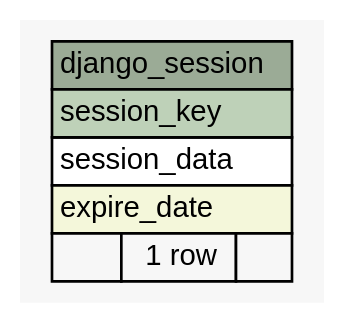
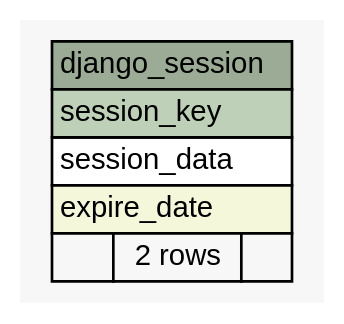
Before and after one commit to jingyayeah/multiscale-galactose: the diagram in database/schema/diagrams/summary/django_session.1degree.dot, drawn with Graphviz. The commit also changed 64 other files, not shown here.

Commit message:
Database schema updated

```diff
--- a/database/schema/diagrams/summary/django_session.1degree.dot
+++ b/database/schema/diagrams/summary/django_session.1degree.dot
@@ -1,32 +1,32 @@
 // dot 2.36.0 on Linux 3.13.0-43-generic
 // SchemaSpy rev 590
 digraph "django_session" {
   graph [
     rankdir="RL"
     bgcolor="#f7f7f7"
     nodesep="0.18"
     ranksep="0.46"
     fontname="Helvetica"
     fontsize="11"
   ];
   node [
     fontname="Helvetica"
     fontsize="11"
     shape="plaintext"
   ];
   edge [
     arrowsize="0.8"
   ];
   "django_session" [
     label=<
     <TABLE BORDER="0" CELLBORDER="1" CELLSPACING="0" BGCOLOR="#ffffff">
       <TR><TD COLSPAN="3" BGCOLOR="#9bab96" ALIGN="CENTER">django_session</TD></TR>
       <TR><TD PORT="session_key" COLSPAN="3" BGCOLOR="#bed1b8" ALIGN="LEFT">session_key</TD></TR>
       <TR><TD PORT="session_data" COLSPAN="3" ALIGN="LEFT">session_data</TD></TR>
       <TR><TD PORT="expire_date" COLSPAN="3" BGCOLOR="#f4f7da" ALIGN="LEFT">expire_date</TD></TR>
-      <TR><TD ALIGN="LEFT" BGCOLOR="#f7f7f7">  </TD><TD ALIGN="RIGHT" BGCOLOR="#f7f7f7">1 row</TD><TD ALIGN="RIGHT" BGCOLOR="#f7f7f7">  </TD></TR>
+      <TR><TD ALIGN="LEFT" BGCOLOR="#f7f7f7">  </TD><TD ALIGN="RIGHT" BGCOLOR="#f7f7f7">2 rows</TD><TD ALIGN="RIGHT" BGCOLOR="#f7f7f7">  </TD></TR>
     </TABLE>>
     URL="tables/django_session.html"
     tooltip="django_session"
   ];
 }
```
